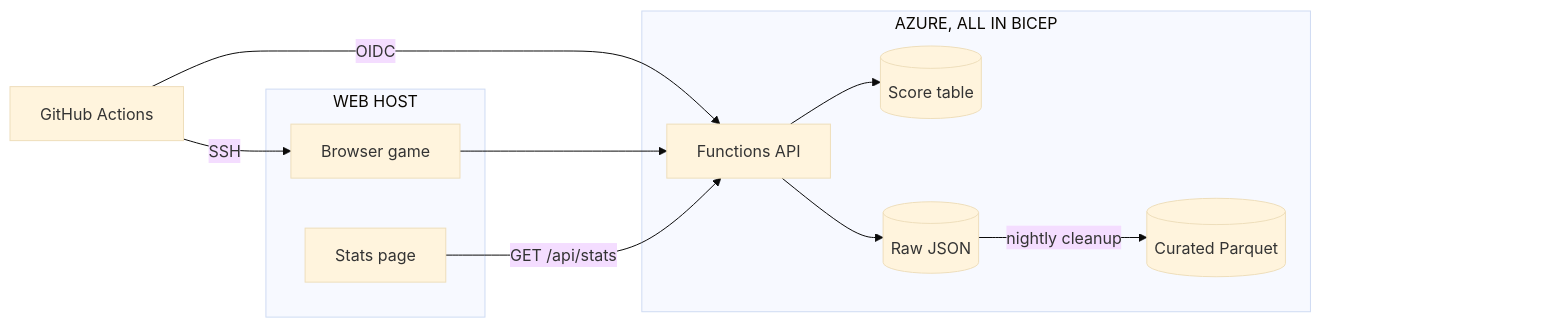
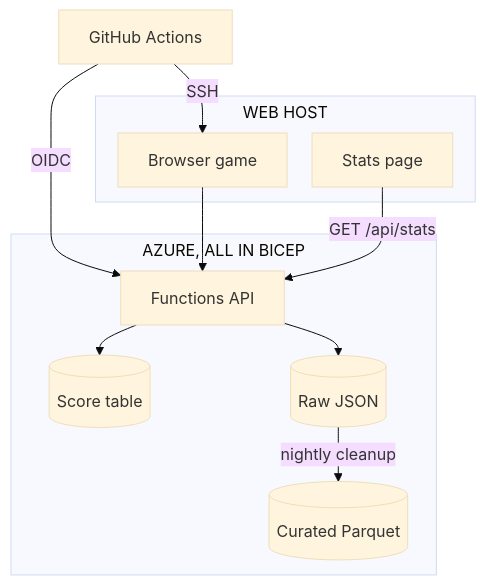
One commit to Gerlitek/zombiet-peli changed the diagram in README.md. Above: the diagram before and after it, drawn with Mermaid (base theme).

Commit message:
Draw the architecture top to bottom with tighter spacing

````diff
--- a/README.md
+++ b/README.md
@@ -14,21 +14,26 @@
 ```mermaid
-flowchart LR
+---
+config:
+  flowchart:
+    nodeSpacing: 25
+    rankSpacing: 30
+    subGraphTitleMargin:
+      top: 4
+      bottom: 18
+---
+flowchart TD
     GH["GitHub Actions"]
     subgraph Web["WEB HOST"]
         Game["Browser game"]
         Dash["Stats page"]
     end
     subgraph Azure["AZURE, ALL IN BICEP"]
         API["Functions API"] --> Scores[("Score table")]
         API --> Raw[("Raw JSON")]
         Raw -->|"nightly cleanup"| Cur[("Curated Parquet")]
     end
     GH -->|"SSH"| Game
     GH -->|"OIDC"| API
     Game --> API
     Dash -->|"GET /api/stats"| API
-    %% Invisible spacer: keeps the right edge free for GitHub's zoom buttons
-    Cur ~~~ Space["Curated Parquet"]
-    classDef hidden fill:none,stroke:none,color:transparent
-    class Space hidden
 ```
````
